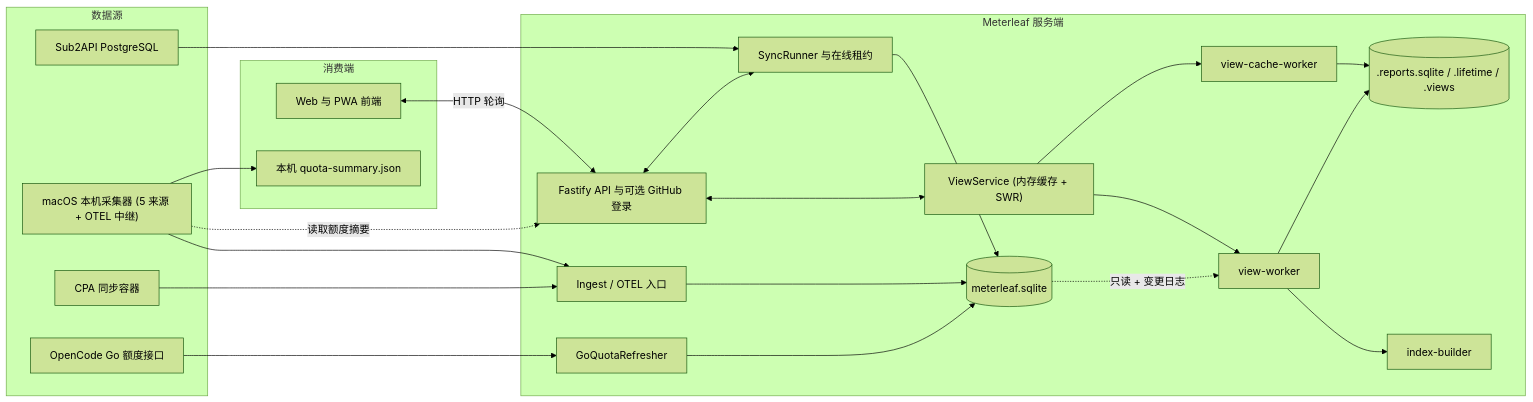
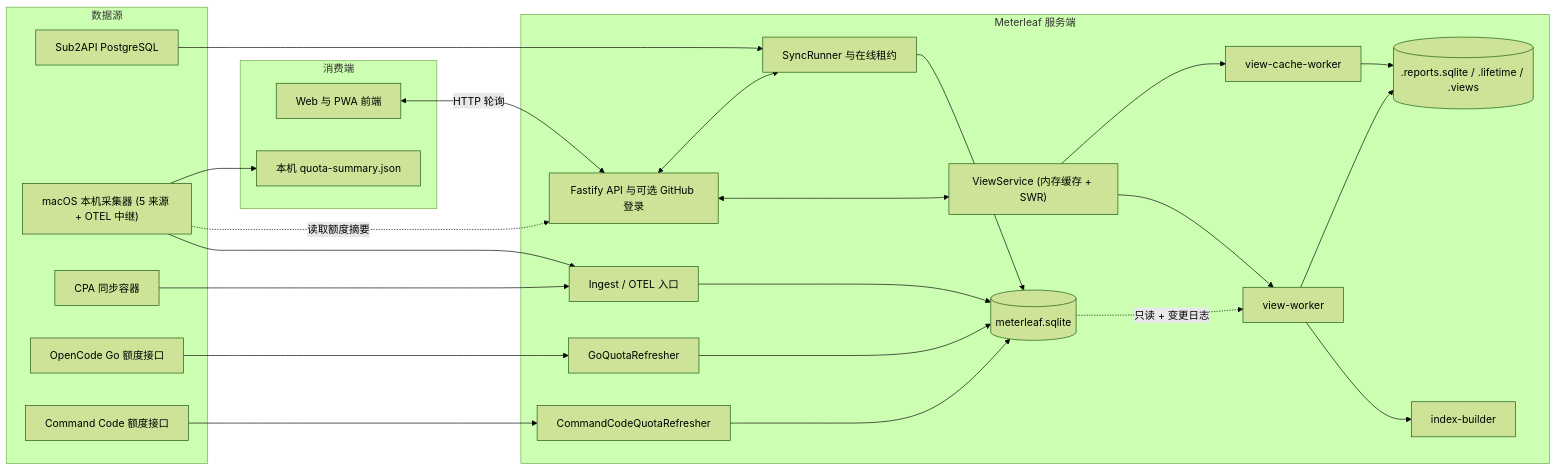
Before and after one commit to InfinityPacer/meterleaf: the diagram in docs/architecture.md, drawn with Mermaid (forest theme). The commit also changed other lines of this file and 39 other files, not shown here.

Commit message:
feat(commandcode): integrate Command Code provider quota and usage

````diff
--- a/docs/architecture.md
+++ b/docs/architecture.md
@@ -26,41 +26,44 @@
 ```mermaid
 flowchart LR
   subgraph Sources["数据源"]
     Sub2API["Sub2API PostgreSQL"]
     Local["macOS 本机采集器 (5 来源 + OTEL 中继)"]
     CPA["CPA 同步容器"]
     GoAPI["OpenCode Go 额度接口"]
+    CCAPI["Command Code 额度接口"]
   end
 
   subgraph Server["Meterleaf 服务端"]
     HTTP["Fastify API 与可选 GitHub 登录"]
     Sync["SyncRunner 与在线租约"]
     Ingest["Ingest / OTEL 入口"]
     GoQ["GoQuotaRefresher"]
+    CCQ["CommandCodeQuotaRefresher"]
     Ledger[("meterleaf.sqlite")]
     ViewSvc["ViewService (内存缓存 + SWR)"]
     ViewW["view-worker"]
     IndexW["index-builder"]
     CacheW["view-cache-worker"]
     Derived[(".reports.sqlite / .lifetime / .views")]
   end
 
   subgraph Consumers["消费端"]
     Web["Web 与 PWA 前端"]
     Summary["本机 quota-summary.json"]
   end
 
   Sub2API --> Sync --> Ledger
   Local --> Ingest --> Ledger
   CPA --> Ingest
   GoAPI --> GoQ --> Ledger
+  CCAPI --> CCQ --> Ledger
   Ledger -.->|"只读 + 变更日志"| ViewW
   ViewW --> IndexW
   ViewSvc --> ViewW --> Derived
   ViewSvc --> CacheW --> Derived
   HTTP <--> ViewSvc
   HTTP <--> Sync
   Web <-->|"HTTP 轮询"| HTTP
   Local -.->|"读取额度摘要"| HTTP
   Local --> Summary
 ```
````
